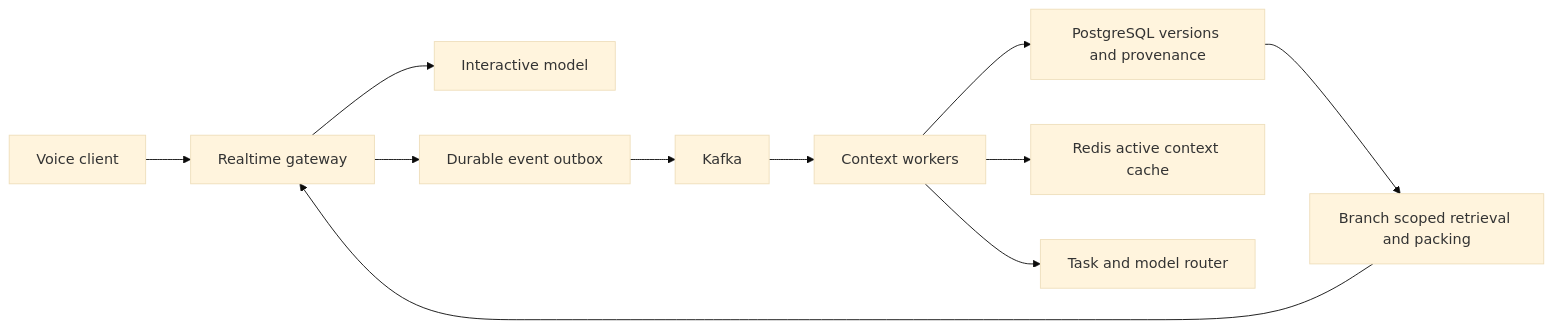
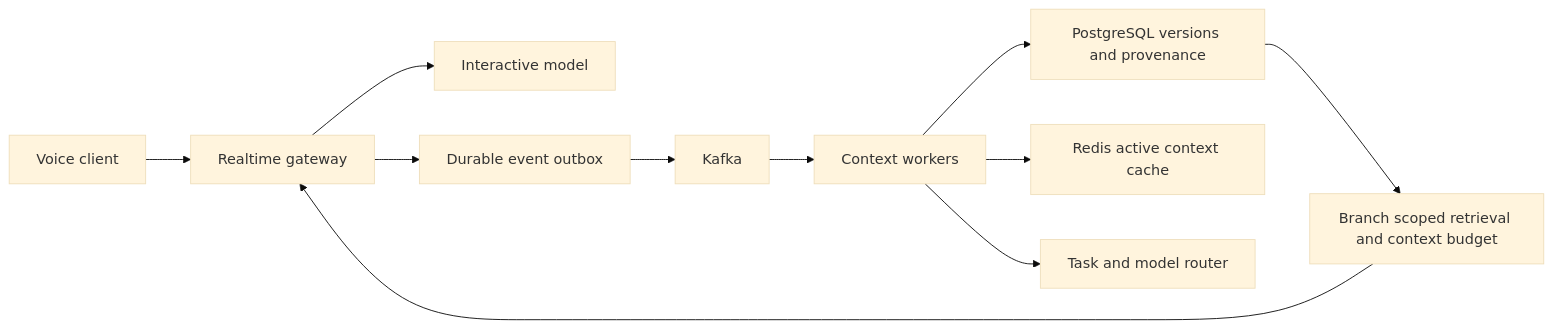
The diagram in README.md (GarrryLiu/voice-context-engine), drawn with Mermaid (base theme) before and after one commit. The commit also changed other lines of this file and 10 other files, not shown here.

````diff
--- a/README.md
+++ b/README.md
@@ -44,13 +88,13 @@
 ```mermaid
 flowchart LR
   V[Voice client] --> R[Realtime gateway]
   R --> M[Interactive model]
   R --> O[Durable event outbox]
   O --> K[Kafka]
   K --> W[Context workers]
   W --> P[PostgreSQL versions and provenance]
   W --> C[Redis active context cache]
-  P --> Q[Branch scoped retrieval and packing]
+  P --> Q[Branch scoped retrieval and context budget]
   Q --> R
   W --> T[Task and model router]
 ```
````
